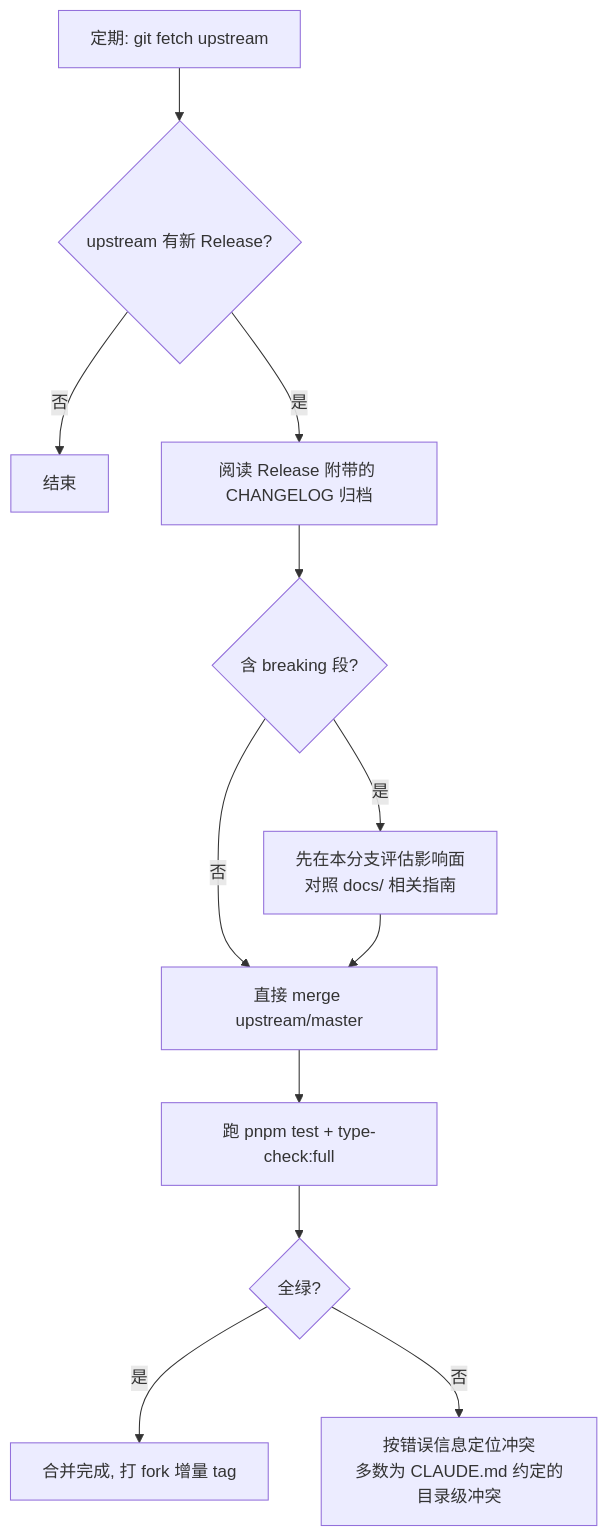
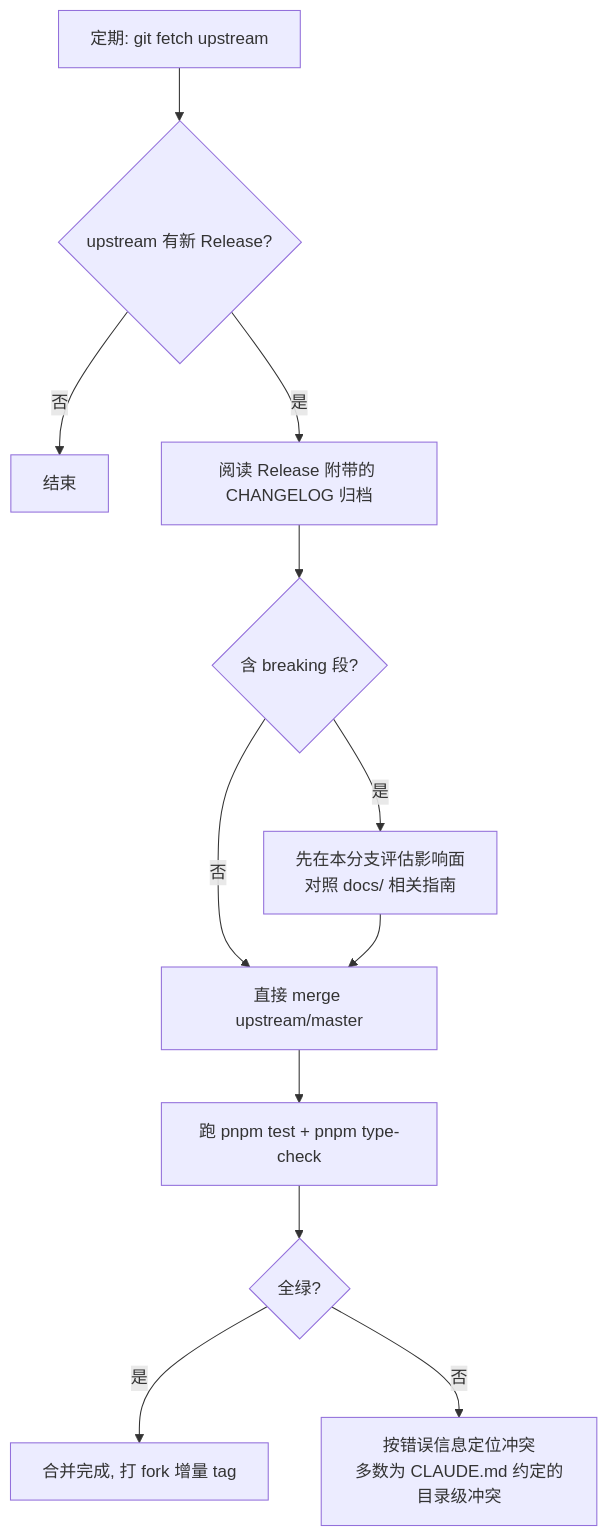
Before and after one commit to Mr-Super-X/vue3-vite-project: the diagram in docs/36-Fork升级与版本策略.md, drawn with Mermaid. The commit also changed other lines of this file and 51 other files, not shown here.

````diff
--- a/docs/36-Fork升级与版本策略.md
+++ b/docs/36-Fork升级与版本策略.md
@@ -32,14 +32,14 @@
 ```mermaid
 flowchart TD
     A[定期: git fetch upstream] --> B{upstream 有新 Release?}
     B -->|否| Z[结束]
     B -->|是| C[阅读 Release 附带的 CHANGELOG 归档]
     C --> D{含 breaking 段?}
     D -->|否| E[直接 merge upstream/master]
     D -->|是| F[先在本分支评估影响面<br/>对照 docs/ 相关指南]
     F --> E
-    E --> G[跑 pnpm test + type-check:full]
+    E --> G[跑 pnpm test + pnpm type-check]
     G --> H{全绿?}
     H -->|是| I[合并完成, 打 fork 增量 tag]
     H -->|否| J[按错误信息定位冲突<br/>多数为 CLAUDE.md 约定的目录级冲突]
 ```
````
